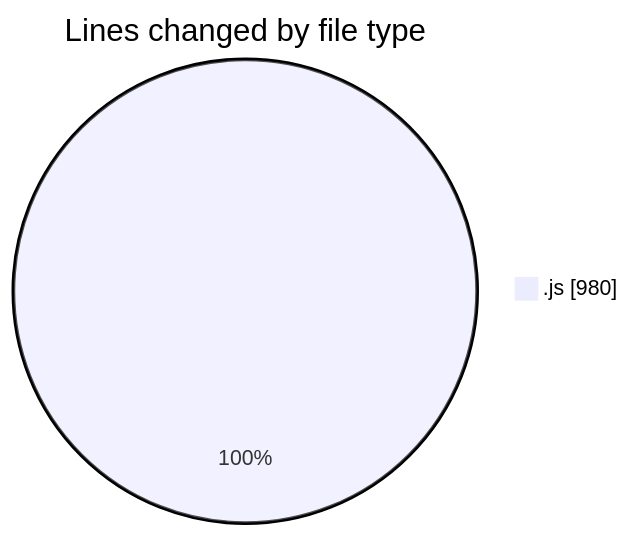
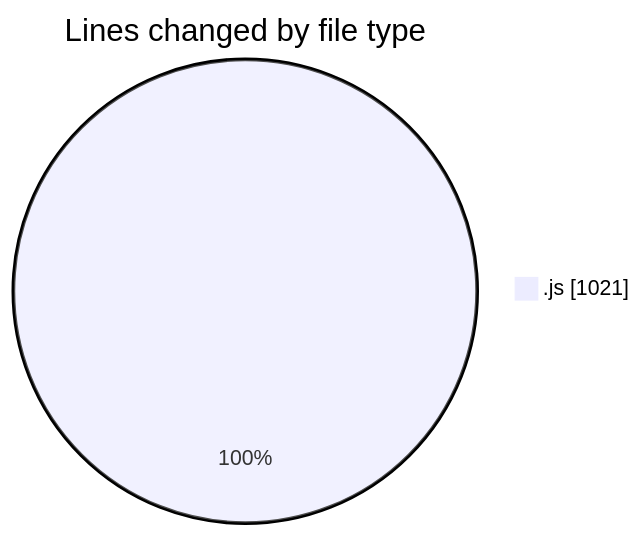
The first of 2 diagrams in 2025-09-08/cashcalculator/README.md (nxtqubesakshisongat/code-tracking), drawn with Mermaid before and after one commit. The commit also changed other lines of this file and 1 other file, not shown here.

````diff
--- a/2025-09-08/cashcalculator/README.md
+++ b/2025-09-08/cashcalculator/README.md
@@ -20,5 +20,5 @@
 ```mermaid
 pie showData
 title Lines changed by file type
-".js" : 980
+".js" : 1021
 ```
````
